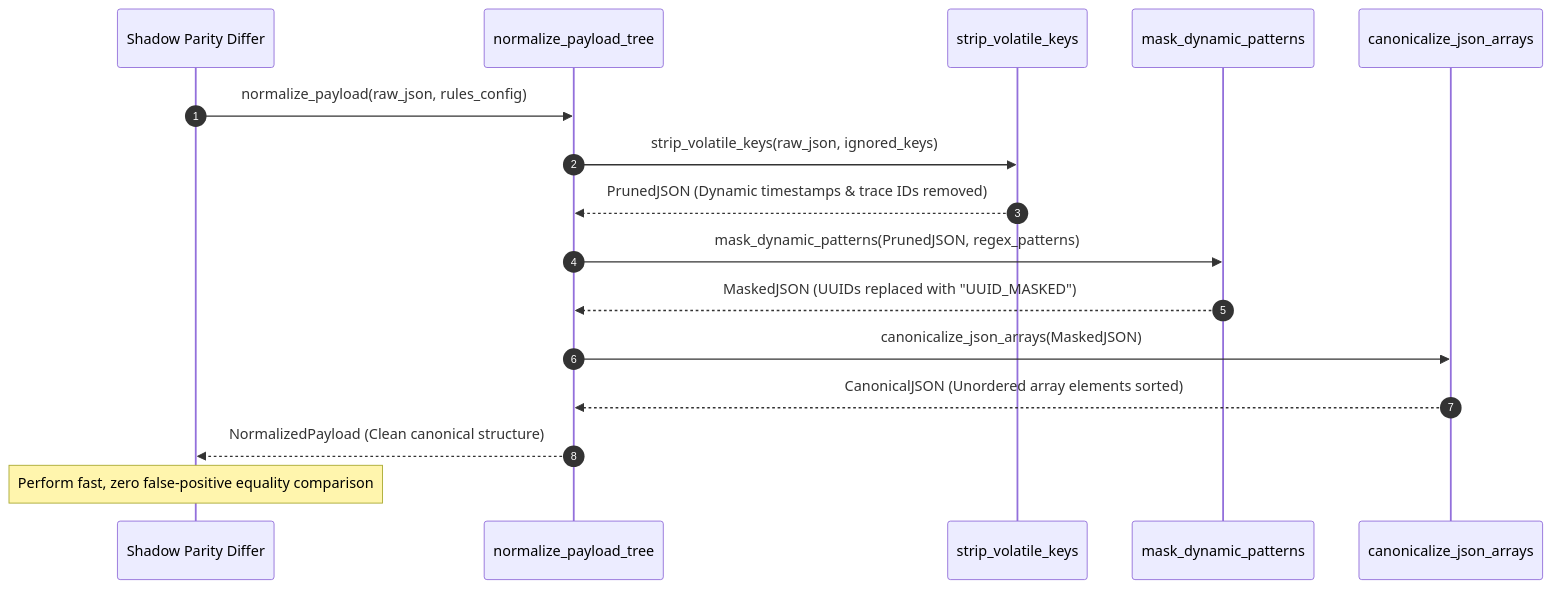
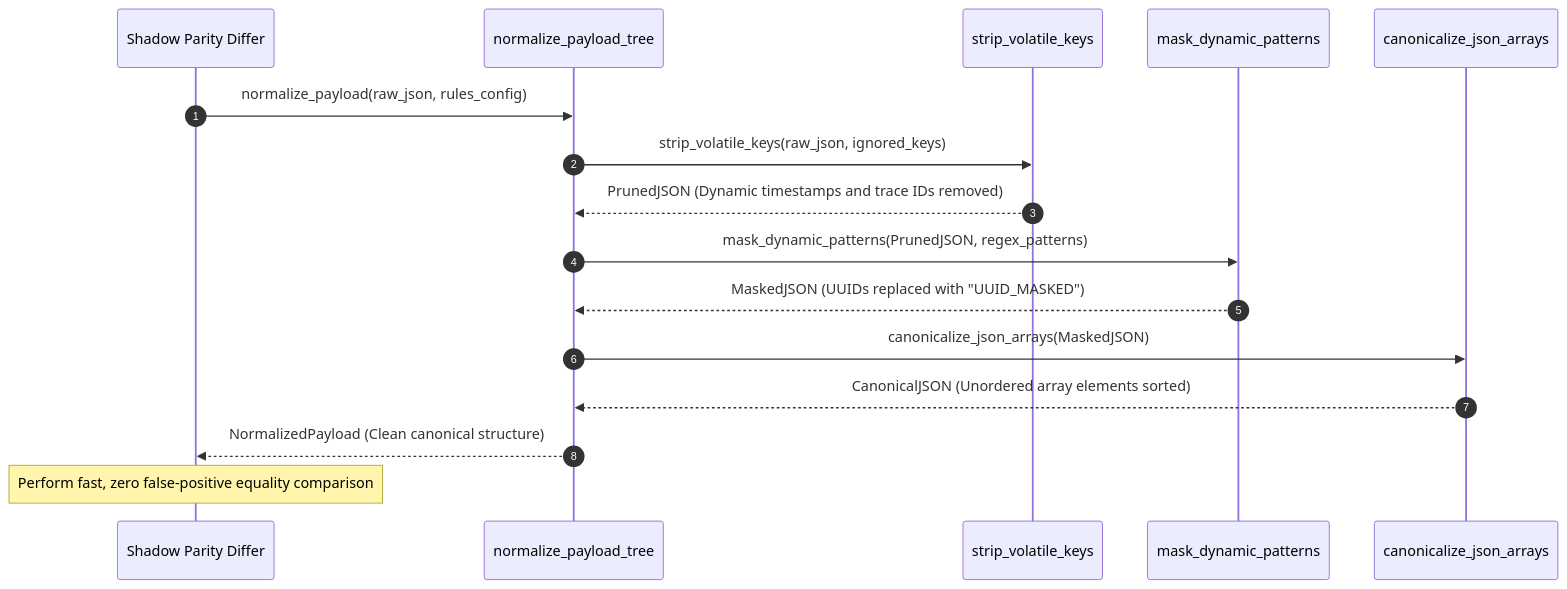
The second of 2 diagrams in notebooks/runbooks/refs/07-observability-parity-testing/non-determinism-normalization.md (Chief-Strategist-J/llm-observability-platform), drawn with Mermaid before and after one commit. The commit also changed 35 other files, not shown here.

Commit message:
fix(docs): resolve sequence diagram message label syntax errors across runbook suite

````diff
--- a/notebooks/runbooks/refs/07-observability-parity-testing/non-determinism-normalization.md
+++ b/notebooks/runbooks/refs/07-observability-parity-testing/non-determinism-normalization.md
@@ -64,23 +64,23 @@
 ```mermaid
 sequenceDiagram
     autonumber
     participant Differ as Shadow Parity Differ
     participant Pipeline as normalize_payload_tree
     participant Stripper as strip_volatile_keys
     participant Masker as mask_dynamic_patterns
     participant Sorter as canonicalize_json_arrays
 
     Differ->>Pipeline: normalize_payload(raw_json, rules_config)
     
     Pipeline->>Stripper: strip_volatile_keys(raw_json, ignored_keys)
-    Stripper-->>Pipeline: PrunedJSON (Dynamic timestamps & trace IDs removed)
+    Stripper-->>Pipeline: PrunedJSON (Dynamic timestamps and trace IDs removed)
 
     Pipeline->>Masker: mask_dynamic_patterns(PrunedJSON, regex_patterns)
     Masker-->>Pipeline: MaskedJSON (UUIDs replaced with "UUID_MASKED")
 
     Pipeline->>Sorter: canonicalize_json_arrays(MaskedJSON)
     Sorter-->>Pipeline: CanonicalJSON (Unordered array elements sorted)
 
     Pipeline-->>Differ: NormalizedPayload (Clean canonical structure)
     Note over Differ: Perform fast, zero false-positive equality comparison
 ```
````
